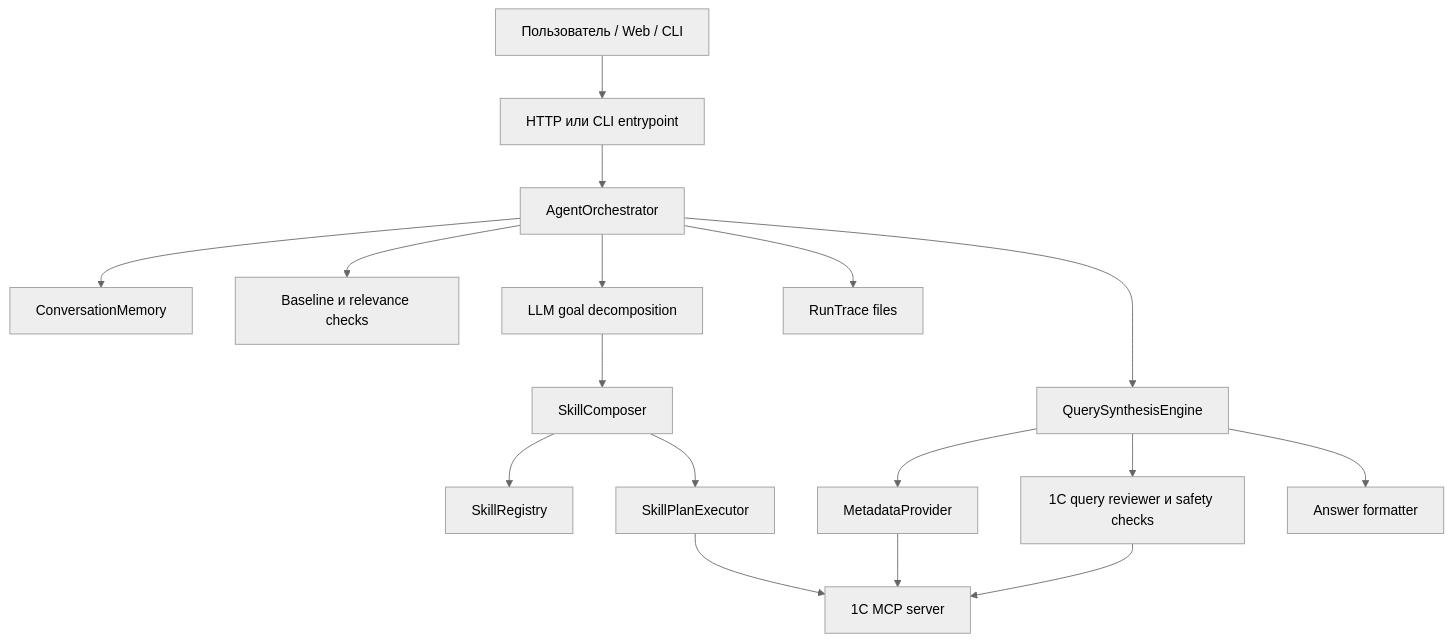
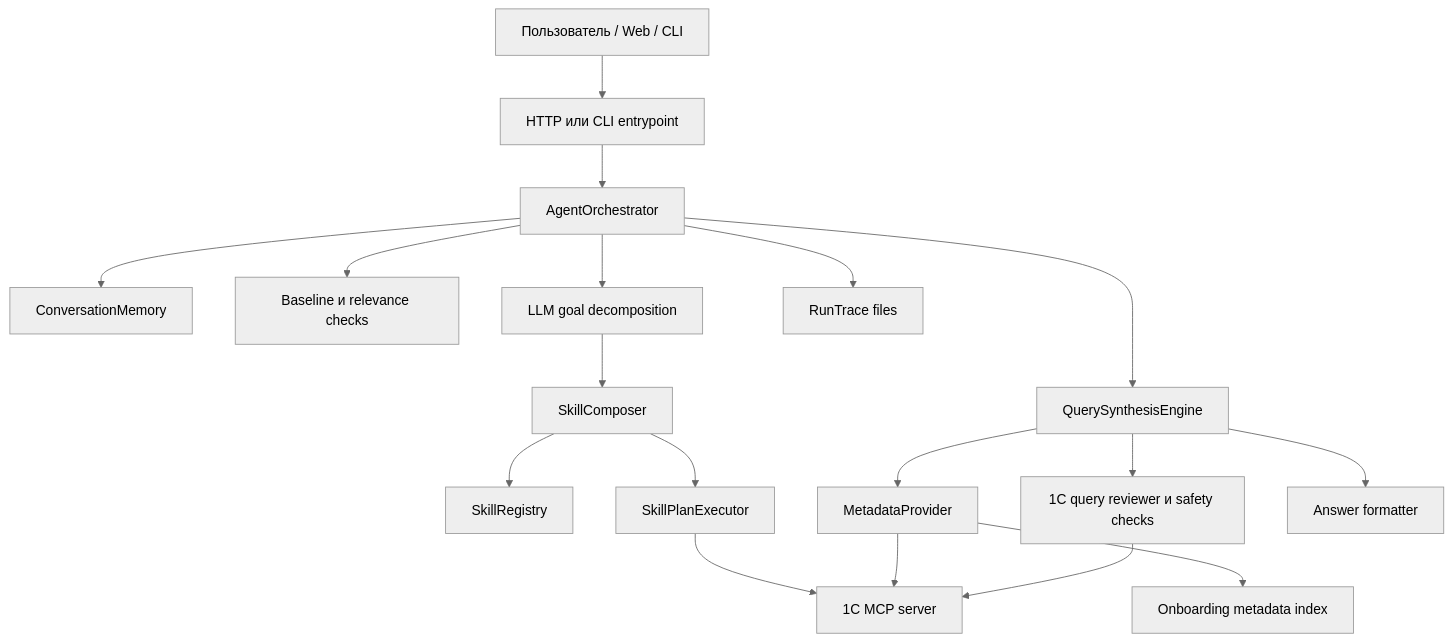
The diagram in docs/architecture.md (Repich/Chat_bot_v5), drawn with Mermaid (neutral theme) before and after one commit. The commit also changed other lines of this file and 9 other files, not shown here.

````diff
--- a/docs/architecture.md
+++ b/docs/architecture.md
@@ -5,19 +5,20 @@
 ```mermaid
 flowchart TD
     User["Пользователь / Web / CLI"] --> HTTP["HTTP или CLI entrypoint"]
     HTTP --> Orchestrator["AgentOrchestrator"]
     Orchestrator --> Memory["ConversationMemory"]
     Orchestrator --> Baseline["Baseline и relevance checks"]
     Orchestrator --> Decomposer["LLM goal decomposition"]
     Decomposer --> Composer["SkillComposer"]
     Composer --> Registry["SkillRegistry"]
     Composer --> Executor["SkillPlanExecutor"]
     Executor --> MCP["1C MCP server"]
     Orchestrator --> Synth["QuerySynthesisEngine"]
     Synth --> Metadata["MetadataProvider"]
+    Metadata --> Index["Onboarding metadata index"]
     Metadata --> MCP
     Synth --> Reviewer["1C query reviewer и safety checks"]
     Reviewer --> MCP
     Synth --> Formatter["Answer formatter"]
     Orchestrator --> Trace["RunTrace files"]
 ```
````
